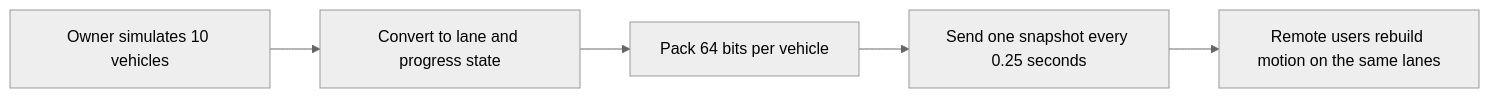
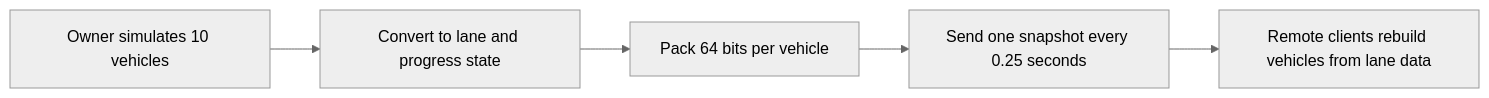
Before and after one commit to hjcud/Shinjuku-Live-Street: the diagram in Docs/optimization.en.md, drawn with Mermaid (neutral theme). The commit also changed other lines of this file and 11 other files, not shown here.

````diff
--- a/Docs/optimization.en.md
+++ b/Docs/optimization.en.md
@@ -90,7 +80,7 @@
 ```mermaid
 flowchart LR
     A[Owner simulates 10 vehicles] --> B[Convert to lane and progress state]
     B --> C[Pack 64 bits per vehicle]
     C --> D[Send one snapshot every 0.25 seconds]
-    D --> E[Remote users rebuild motion on the same lanes]
+    D --> E[Remote clients rebuild vehicles from lane data]
 ```
````
